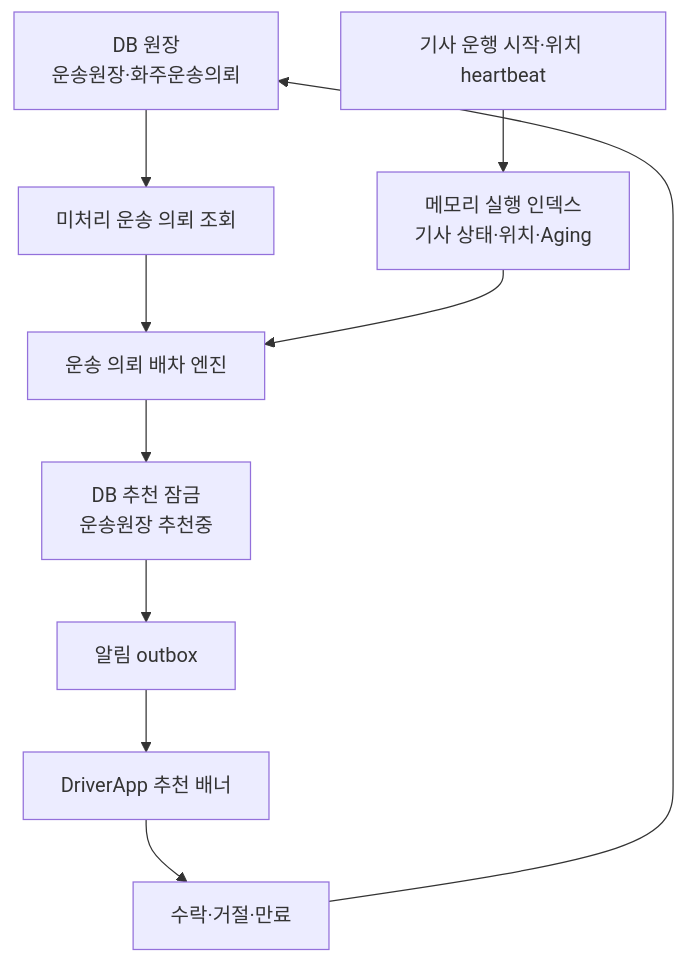
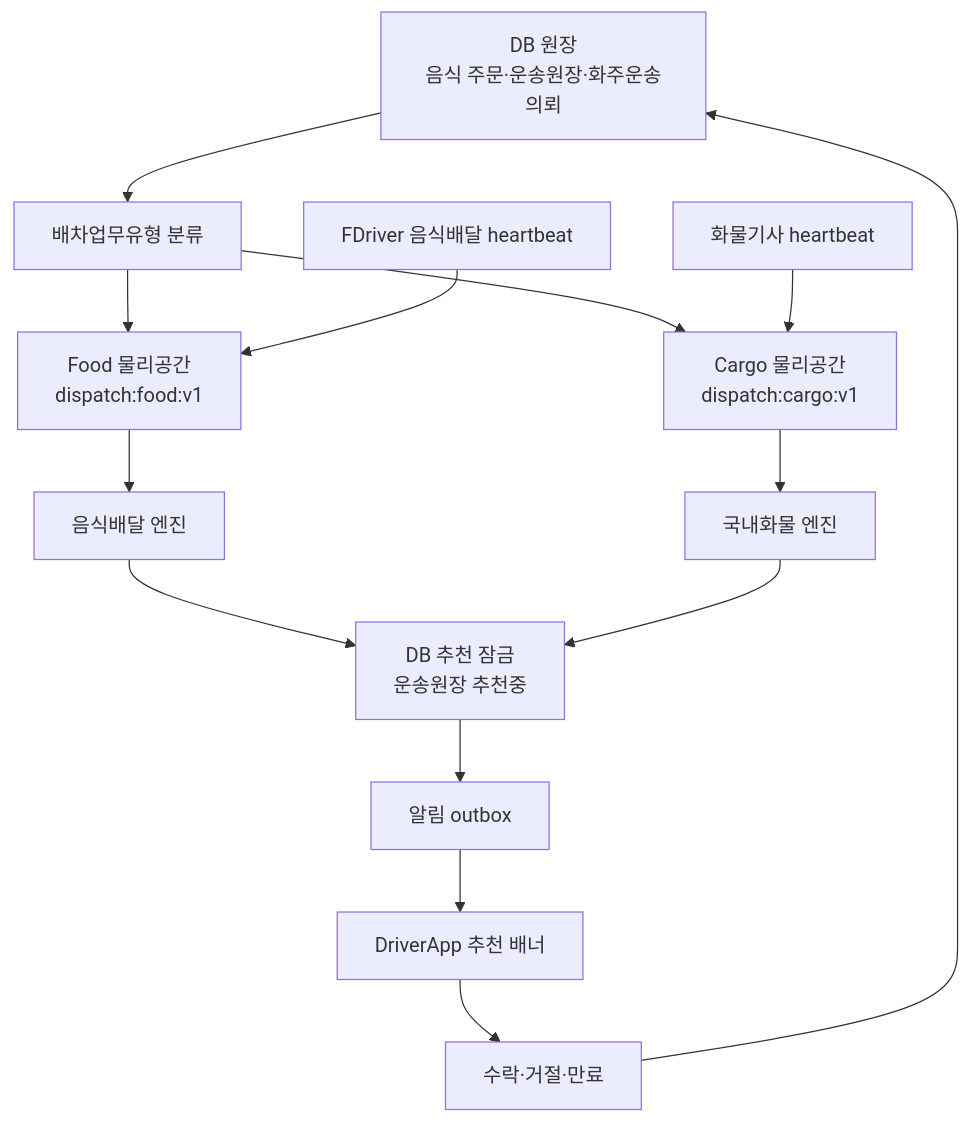
One commit to cheolwo/hongdal changed the diagram in docs/Architecture/DispatchQueueResponsibility.md. Above: the diagram before and after it, drawn with Mermaid. The commit also changed other lines of this file and 39 other files, not shown here.

Commit message:
feat(dispatch): separate food and cargo execution spaces

````diff
--- a/docs/Architecture/DispatchQueueResponsibility.md
+++ b/docs/Architecture/DispatchQueueResponsibility.md
@@ -47,12 +59,16 @@
 ```mermaid
 flowchart TD
-    DB["DB 원장<br/>운송원장·화주운송의뢰"] --> Load["미처리 운송 의뢰 조회"]
-    Heartbeat["기사 운행 시작·위치 heartbeat"] --> Index["메모리 실행 인덱스<br/>기사 상태·위치·Aging"]
-    Load --> Engine["운송 의뢰 배차 엔진"]
-    Index --> Engine
-    Engine --> Lock["DB 추천 잠금<br/>운송원장 추천중"]
+    DB["DB 원장<br/>음식 주문·운송원장·화주운송의뢰"] --> Classify["배차업무유형 분류"]
+    Classify --> FoodSpace["Food 물리공간<br/>dispatch:food:v1"]
+    Classify --> CargoSpace["Cargo 물리공간<br/>dispatch:cargo:v1"]
+    FoodHeartbeat["FDriver 음식배달 heartbeat"] --> FoodSpace
+    CargoHeartbeat["화물기사 heartbeat"] --> CargoSpace
+    FoodSpace --> FoodEngine["음식배달 엔진"]
+    CargoSpace --> CargoEngine["국내화물 엔진"]
+    FoodEngine --> Lock["DB 추천 잠금<br/>운송원장 추천중"]
+    CargoEngine --> Lock
     Lock --> Outbox["알림 outbox"]
     Outbox --> Driver["DriverApp 추천 배너"]
     Driver --> Decision["수락·거절·만료"]
     Decision --> DB
 ```
````
